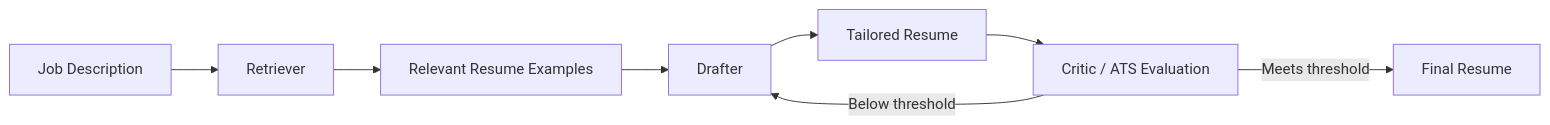
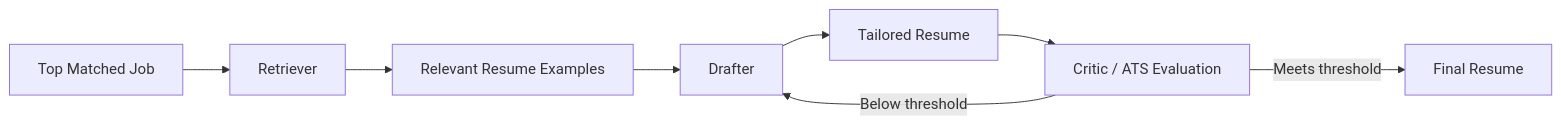
The second of 2 diagrams in README.md (KalpeshEragi/PlaceMates), drawn with Mermaid before and after one commit. The commit also changed other lines of this file, not shown here.

````diff
--- a/README.md
+++ b/README.md
@@ -558,10 +703,11 @@
 ```mermaid
 flowchart LR
-    A["Job Description"] --> B["Retriever"]
+
+    A["Top Matched Job"] --> B["Retriever"]
     B --> C["Relevant Resume Examples"]
     C --> D["Drafter"]
     D --> E["Tailored Resume"]
     E --> F["Critic / ATS Evaluation"]
     F -->|"Below threshold"| D
     F -->|"Meets threshold"| G["Final Resume"]
 ```
````
